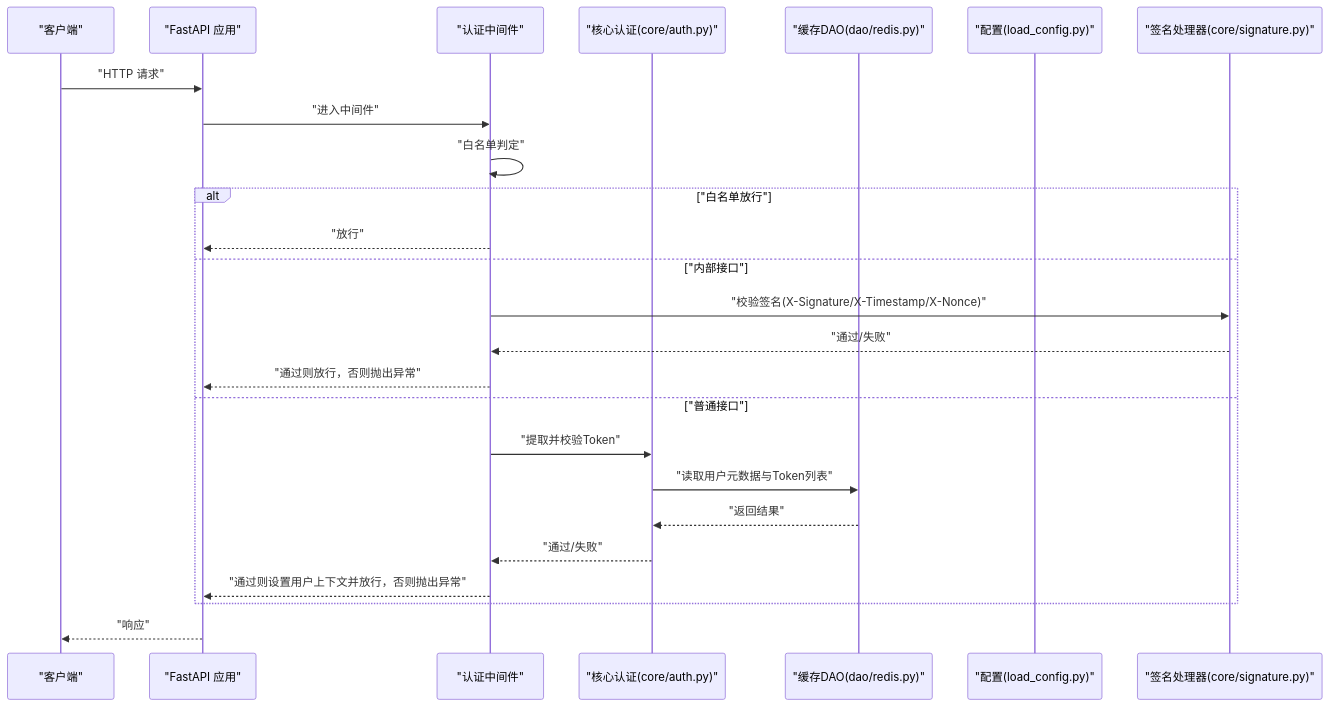
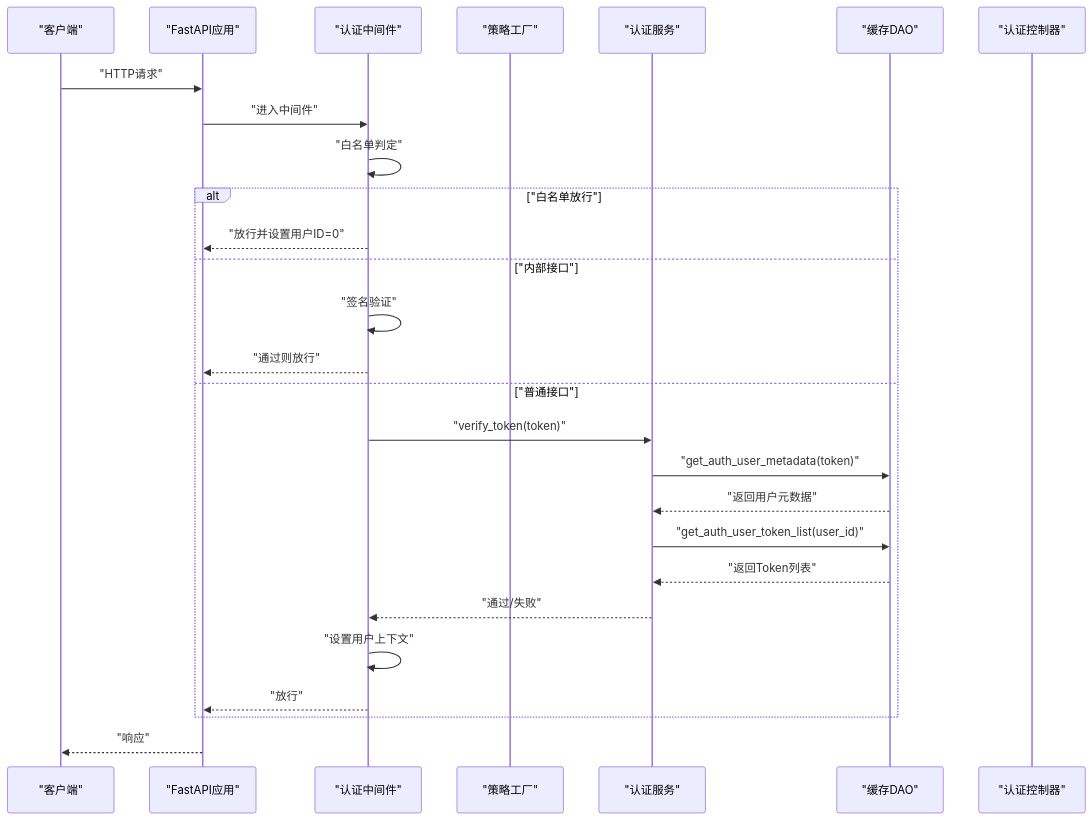
The second of 9 diagrams in .qoder/repowiki/zh/content/安全认证机制/安全认证机制.md (lilinzezzzzzz/fastapi-backend), drawn with Mermaid before and after one commit. The commit also changed other lines of this file and 42 other files, not shown here.

````diff
--- a/.qoder/repowiki/zh/content/安全认证机制/安全认证机制.md
+++ b/.qoder/repowiki/zh/content/安全认证机制/安全认证机制.md
@@ -120,27 +139,29 @@
 ```mermaid
 sequenceDiagram
 participant Client as "客户端"
-participant App as "FastAPI 应用"
-participant MW as "认证中间件"
-participant Core as "核心认证(core/auth.py)"
-participant Redis as "缓存DAO(dao/redis.py)"
-participant Cfg as "配置(load_config.py)"
-participant Sig as "签名处理器(core/signature.py)"
-Client->>App : "HTTP 请求"
-App->>MW : "进入中间件"
-MW->>MW : "白名单判定"
+participant App as "FastAPI应用"
+participant AuthMW as "认证中间件"
+participant StrategyFactory as "策略工厂"
+participant ServicesAuth as "认证服务"
+participant CacheDAO as "缓存DAO"
+participant ControllerAuth as "认证控制器"
+Client->>App : "HTTP请求"
+App->>AuthMW : "进入中间件"
+AuthMW->>AuthMW : "白名单判定"
 alt "白名单放行"
-MW-->>App : "放行"
+AuthMW-->>App : "放行并设置用户ID=0"
 else "内部接口"
-MW->>Sig : "校验签名(X-Signature/X-Timestamp/X-Nonce)"
-Sig-->>MW : "通过/失败"
-MW-->>App : "通过则放行，否则抛出异常"
+AuthMW->>AuthMW : "签名验证"
+AuthMW-->>App : "通过则放行"
 else "普通接口"
-MW->>Core : "提取并校验Token"
-Core->>Redis : "读取用户元数据与Token列表"
-Redis-->>Core : "返回结果"
-Core-->>MW : "通过/失败"
-MW-->>App : "通过则设置用户上下文并放行，否则抛出异常"
+AuthMW->>ServicesAuth : "verify_token(token)"
+ServicesAuth->>CacheDAO : "get_auth_user_metadata(token)"
+CacheDAO-->>ServicesAuth : "返回用户元数据"
+ServicesAuth->>CacheDAO : "get_auth_user_token_list(user_id)"
+CacheDAO-->>ServicesAuth : "返回Token列表"
+ServicesAuth-->>AuthMW : "通过/失败"
+AuthMW->>AuthMW : "设置用户上下文"
+AuthMW-->>App : "放行"
 end
 App-->>Client : "响应"
 ```
````
